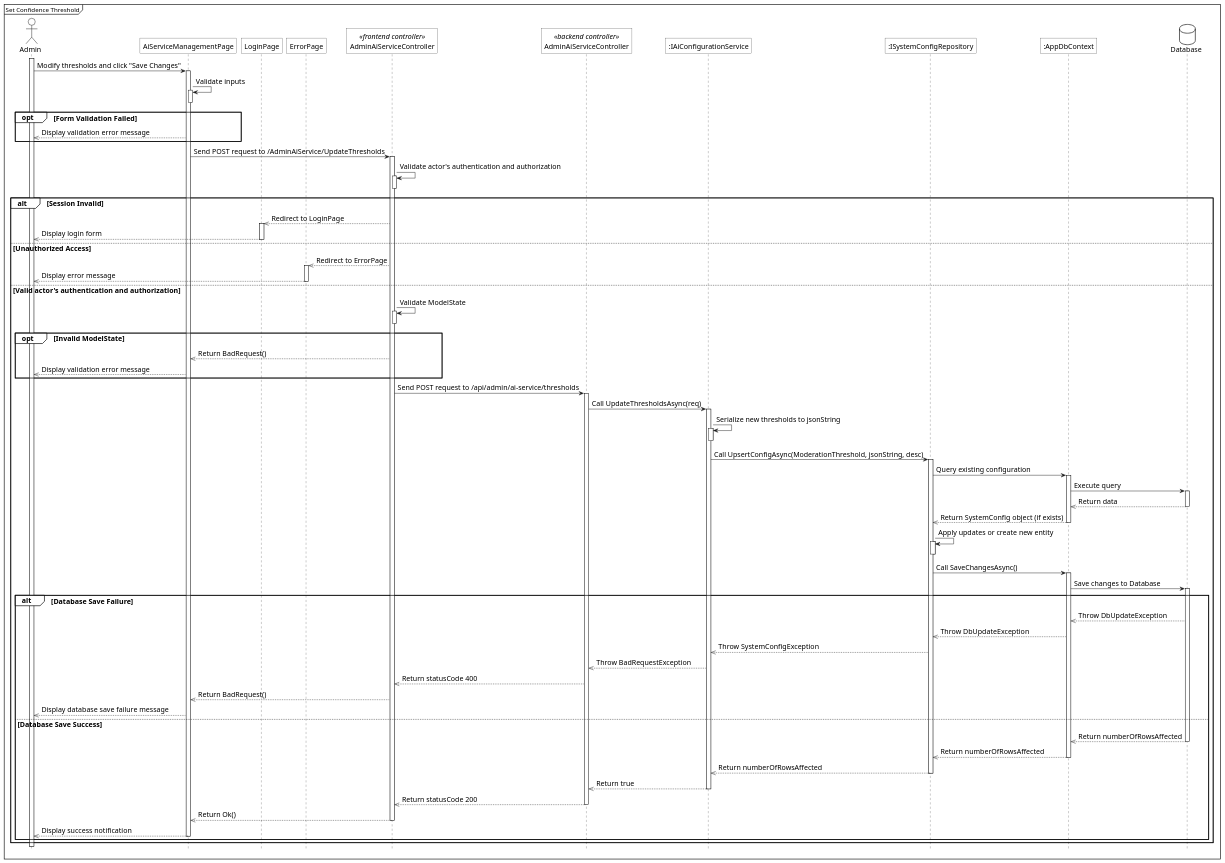
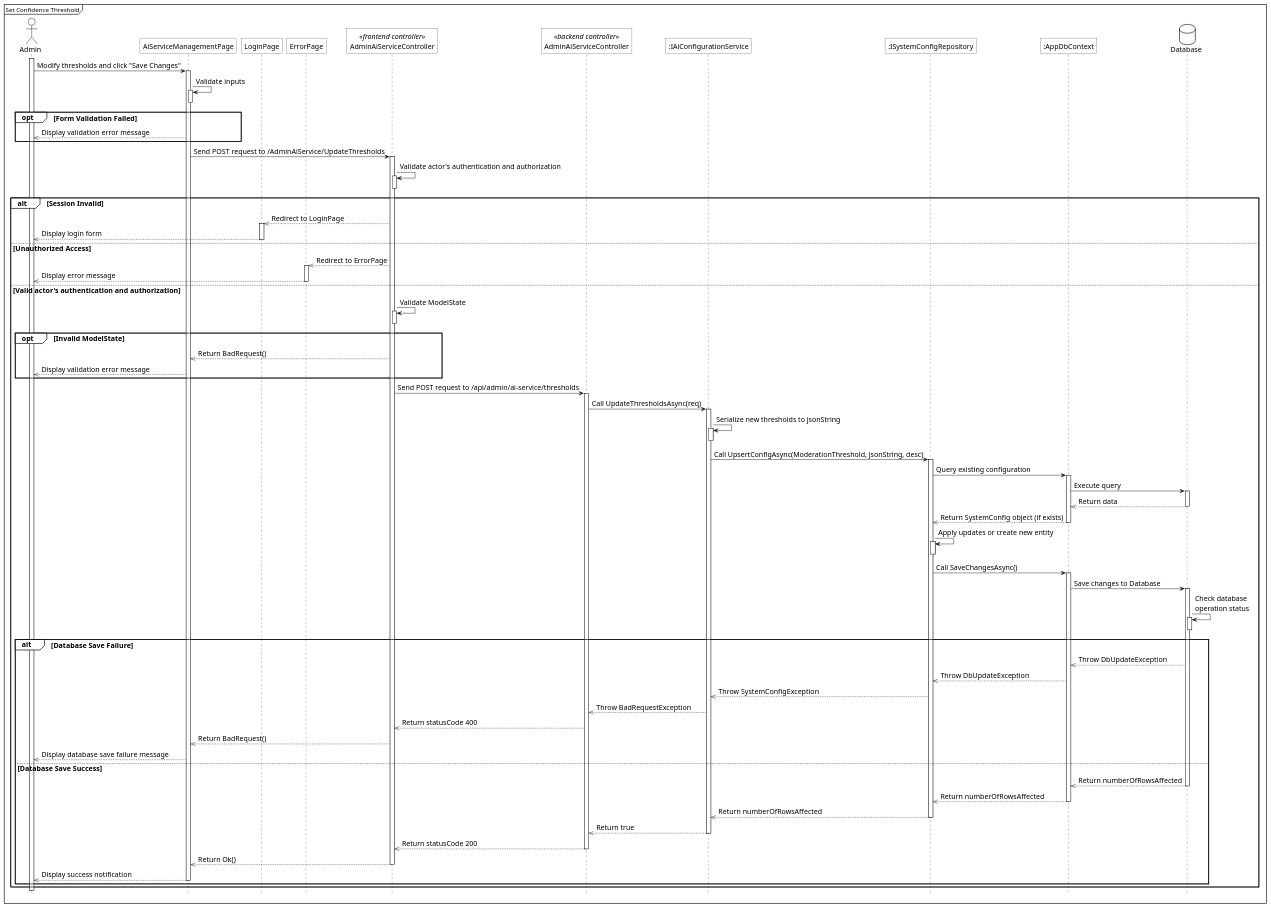
Before and after one commit to 1000do/Linked: the diagram in diagrams/sequence/models/set_confidence_threshold/sq_set_confidence_threshold.plantuml, drawn with PlantUML. The commit also changed 22 other files, not shown here.

Commit message:
update sequence of report, models, publish course

```diff
--- a/diagrams/sequence/models/set_confidence_threshold/sq_set_confidence_threshold.plantuml
+++ b/diagrams/sequence/models/set_confidence_threshold/sq_set_confidence_threshold.plantuml
@@ -1,118 +1,119 @@
 @startuml 
 <style>
     sequenceDiagram{
         FontSize 16
 
         arrow {
             ' Set the maximum width of the text on arrows
             MaximumWidth 300
 
         }
         actor{
             BackgroundColor white
             LineThickness 1.0
         }
         participant{
             BackgroundColor white
             RoundCorner 0
         }
         database{
             BackgroundColor white
         }
         groupHeader{
             BackgroundColor white
         }
         referenceHeader{
             BackgroundColor white
         }
         reference{
             BackgroundColor white
         }
     }
 </style>
 
 hide footbox
 mainframe Set Confidence Threshold
 
 actor Admin as act
 participant "AiServiceManagementPage" as view
 participant "LoginPage" as login_view
 participant "ErrorPage" as error_view
 participant "AdminAiServiceController" as fe_ctrl <<frontend controller>>
 participant "AdminAiServiceController" as be_ctrl <<backend controller>>
 participant ":IAiConfigurationService" as sv
 participant ":ISystemConfigRepository" as repo
 participant ":AppDbContext" as ctx
 database Database as db
 
 act ++
 act -> view++: Modify thresholds and click "Save Changes"
 view -> view++: Validate inputs
 view--
 
 opt Form Validation Failed
     view -->> act: Display validation error message
 end
 
 
 
 view -> fe_ctrl++: Send POST request to /AdminAiService/UpdateThresholds
 
 fe_ctrl -> fe_ctrl++: Validate actor's authentication and authorization
 fe_ctrl--
 
 alt Session Invalid
     fe_ctrl -->> login_view: Redirect to LoginPage
     activate login_view
     login_view -->> act--: Display login form
 else Unauthorized Access
     fe_ctrl -->> error_view: Redirect to ErrorPage
     activate error_view
     error_view -->> act--: Display error message
 else Valid actor's authentication and authorization
     fe_ctrl -> fe_ctrl++: Validate ModelState
     fe_ctrl--
 
     opt Invalid ModelState
         fe_ctrl -->> view: Return BadRequest()
         view -->> act: Display validation error message
     end
     fe_ctrl -> be_ctrl++: Send POST request to /api/admin/ai-service/thresholds
     
     be_ctrl -> sv++: Call UpdateThresholdsAsync(req)
     
     sv -> sv++: Serialize new thresholds to jsonString
     sv--
     
     sv -> repo++: Call UpsertConfigAsync(ModerationThreshold, jsonString, desc)
     repo -> ctx++: Query existing configuration
     ctx -> db++: Execute query
     db -->> ctx--: Return data
     ctx -->> repo--: Return SystemConfig object (if exists)
     
     repo -> repo++: Apply updates or create new entity
     repo--
     
     repo -> ctx++: Call SaveChangesAsync()
     ctx -> db++: Save changes to Database
-    
+    db -> db++: Check database\noperation status
+    db--
     alt Database Save Failure
         db -->> ctx: Throw DbUpdateException
         ctx -->> repo: Throw DbUpdateException
         repo -->> sv: Throw SystemConfigException
         sv -->> be_ctrl: Throw BadRequestException
         be_ctrl -->> fe_ctrl: Return statusCode 400
         fe_ctrl -->> view: Return BadRequest()
         view -->> act: Display database save failure message
     else Database Save Success
         db -->> ctx--: Return numberOfRowsAffected
         ctx -->> repo--: Return numberOfRowsAffected
         repo -->> sv--: Return numberOfRowsAffected
         
         sv -->> be_ctrl--: Return true
         be_ctrl -->> fe_ctrl--: Return statusCode 200
         fe_ctrl -->> view--: Return Ok()
         view -->> act--: Display success notification
     end
 end
 @enduml
```
